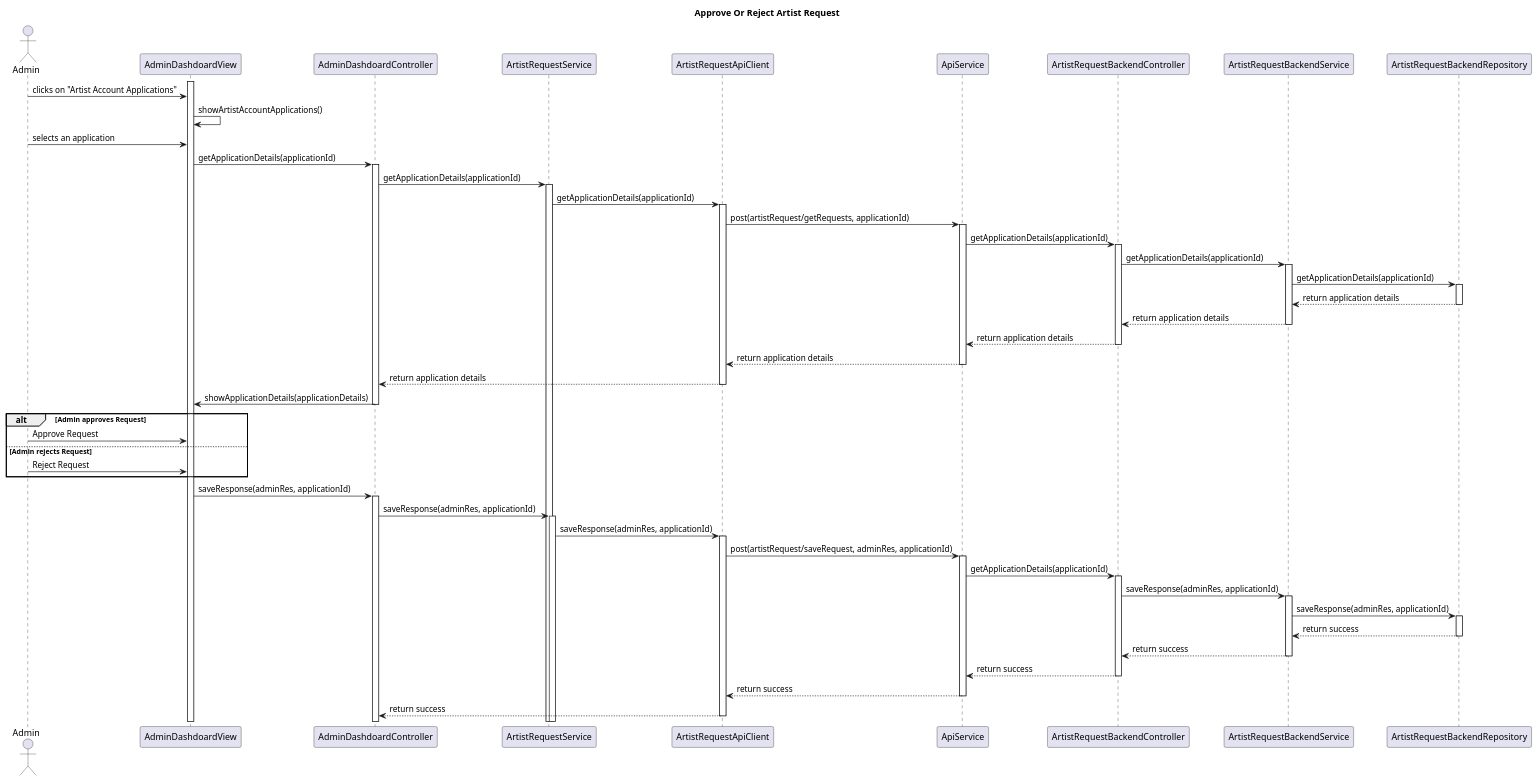
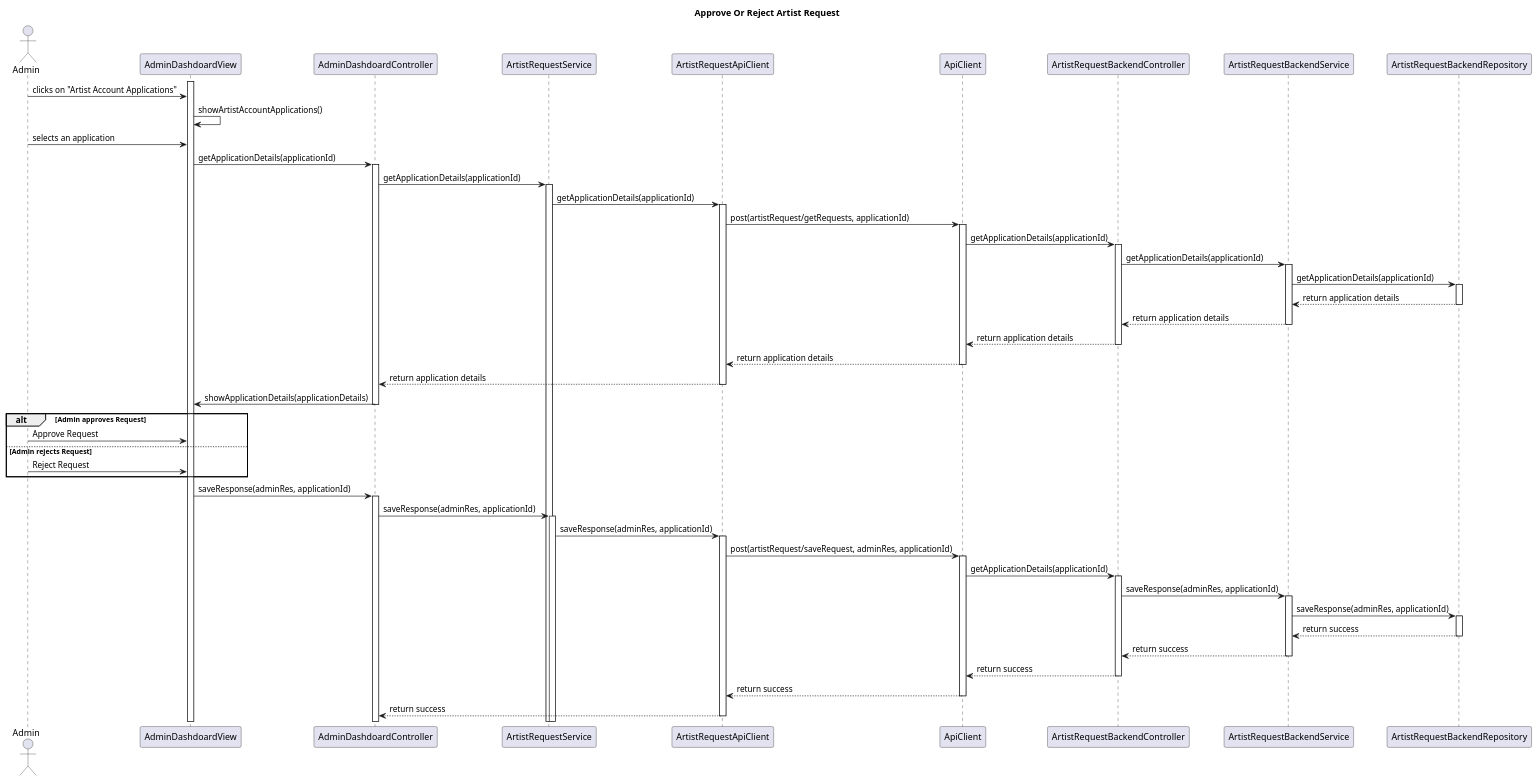
Before and after one commit to RubenKingCP/Tunix: the diagram in Paradoteo_4/SequenceDiagrams-v0.3/ApproveOrRejectArtistRequest.puml, drawn with PlantUML. The commit also changed 40 other files, not shown here.

```diff
--- a/Paradoteo_4/SequenceDiagrams-v0.3/ApproveOrRejectArtistRequest.puml
+++ b/Paradoteo_4/SequenceDiagrams-v0.3/ApproveOrRejectArtistRequest.puml
@@ -1,78 +1,78 @@
 @startuml ApproveOrRejectArtistRequest
 
 title Approve Or Reject Artist Request
 
 actor Admin
 
 participant AdminDashdoardView
 participant AdminDashdoardController
 participant ArtistRequestService
 participant ArtistRequestApiClient
-participant ApiService
+participant ApiClient
 participant ArtistRequestBackendController
 participant ArtistRequestBackendService
 participant ArtistRequestBackendRepository
 
 activate AdminDashdoardView
 Admin -> AdminDashdoardView : clicks on "Artist Account Applications"
 AdminDashdoardView -> AdminDashdoardView : showArtistAccountApplications()
 Admin -> AdminDashdoardView : selects an application
 AdminDashdoardView -> AdminDashdoardController : getApplicationDetails(applicationId)
 activate AdminDashdoardController
 AdminDashdoardController -> ArtistRequestService : getApplicationDetails(applicationId)
 activate ArtistRequestService
 ArtistRequestService -> ArtistRequestApiClient : getApplicationDetails(applicationId)
 activate ArtistRequestApiClient
-ArtistRequestApiClient -> ApiService : post(artistRequest/getRequests, applicationId)
-activate ApiService
-ApiService -> ArtistRequestBackendController : getApplicationDetails(applicationId)
+ArtistRequestApiClient -> ApiClient : post(artistRequest/getRequests, applicationId)
+activate ApiClient
+ApiClient -> ArtistRequestBackendController : getApplicationDetails(applicationId)
 activate ArtistRequestBackendController
 ArtistRequestBackendController -> ArtistRequestBackendService : getApplicationDetails(applicationId)
 activate ArtistRequestBackendService
 ArtistRequestBackendService -> ArtistRequestBackendRepository : getApplicationDetails(applicationId)
 activate ArtistRequestBackendRepository
 ArtistRequestBackendRepository --> ArtistRequestBackendService : return application details
 deactivate ArtistRequestBackendRepository
 ArtistRequestBackendService --> ArtistRequestBackendController : return application details
 deactivate ArtistRequestBackendService
-ArtistRequestBackendController --> ApiService : return application details
+ArtistRequestBackendController --> ApiClient : return application details
 deactivate ArtistRequestBackendController
-ApiService --> ArtistRequestApiClient : return application details
-deactivate ApiService
+ApiClient --> ArtistRequestApiClient : return application details
+deactivate ApiClient
 ArtistRequestApiClient --> AdminDashdoardController : return application details
 deactivate ArtistRequestApiClient
 AdminDashdoardController -> AdminDashdoardView : showApplicationDetails(applicationDetails)
 deactivate AdminDashdoardController
 alt Admin approves Request
     Admin -> AdminDashdoardView : Approve Request
 else Admin rejects Request
     Admin -> AdminDashdoardView : Reject Request
 end
 AdminDashdoardView -> AdminDashdoardController : saveResponse(adminRes, applicationId)
 activate AdminDashdoardController
 AdminDashdoardController -> ArtistRequestService : saveResponse(adminRes, applicationId)
 activate ArtistRequestService
 ArtistRequestService -> ArtistRequestApiClient : saveResponse(adminRes, applicationId)
 activate ArtistRequestApiClient
-ArtistRequestApiClient -> ApiService : post(artistRequest/saveRequest, adminRes, applicationId)
-activate ApiService
-ApiService -> ArtistRequestBackendController : getApplicationDetails(applicationId)
+ArtistRequestApiClient -> ApiClient : post(artistRequest/saveRequest, adminRes, applicationId)
+activate ApiClient
+ApiClient -> ArtistRequestBackendController : getApplicationDetails(applicationId)
 activate ArtistRequestBackendController
 ArtistRequestBackendController -> ArtistRequestBackendService : saveResponse(adminRes, applicationId)
 activate ArtistRequestBackendService
 ArtistRequestBackendService -> ArtistRequestBackendRepository : saveResponse(adminRes, applicationId)
 activate ArtistRequestBackendRepository
 ArtistRequestBackendRepository --> ArtistRequestBackendService : return success
 deactivate ArtistRequestBackendRepository
 ArtistRequestBackendService --> ArtistRequestBackendController : return success
 deactivate ArtistRequestBackendService
-ArtistRequestBackendController --> ApiService : return success
+ArtistRequestBackendController --> ApiClient : return success
 deactivate ArtistRequestBackendController
-ApiService --> ArtistRequestApiClient : return success
-deactivate ApiService
+ApiClient --> ArtistRequestApiClient : return success
+deactivate ApiClient
 ArtistRequestApiClient --> AdminDashdoardController : return success
 deactivate ArtistRequestApiClient
 
 
 
 @enduml
```
